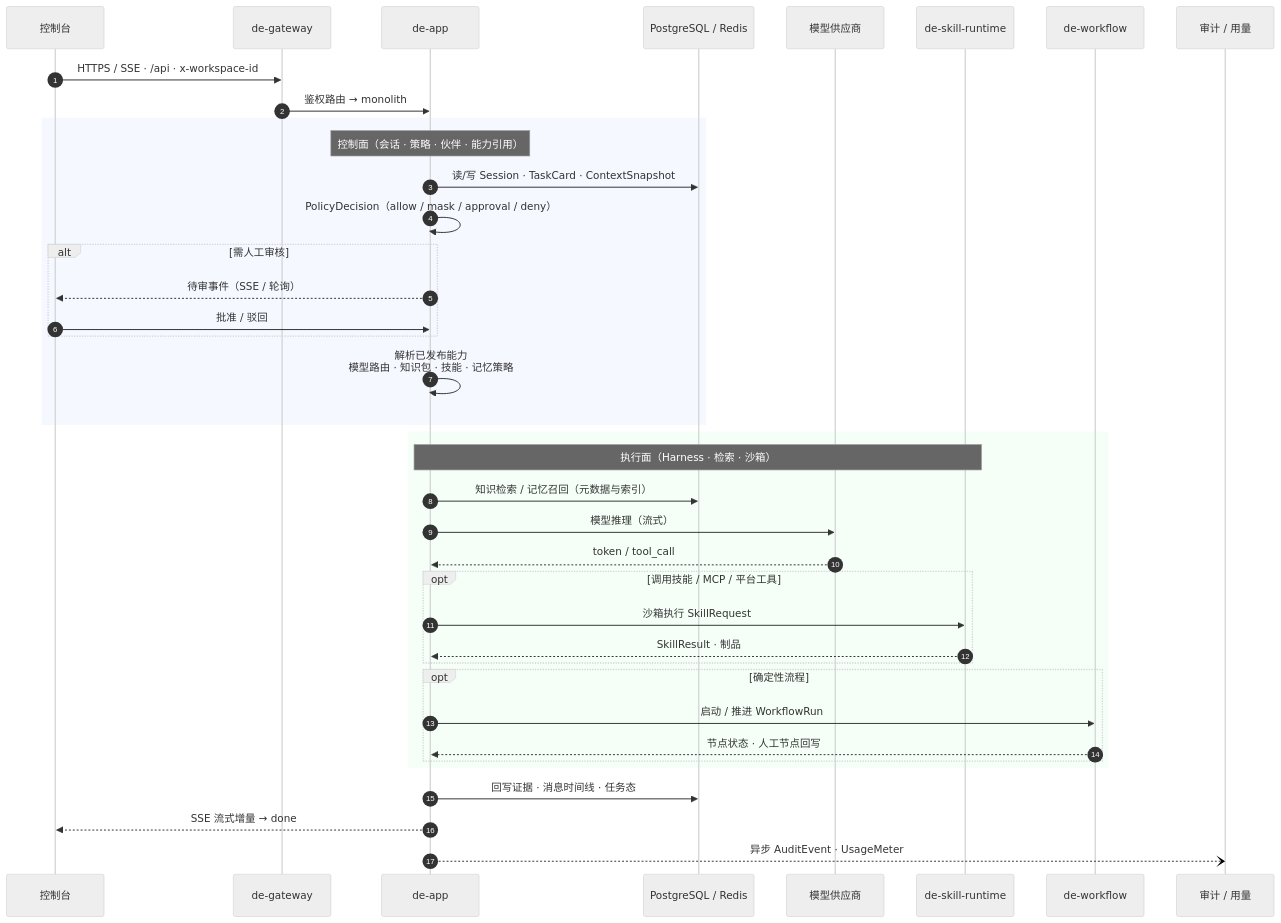
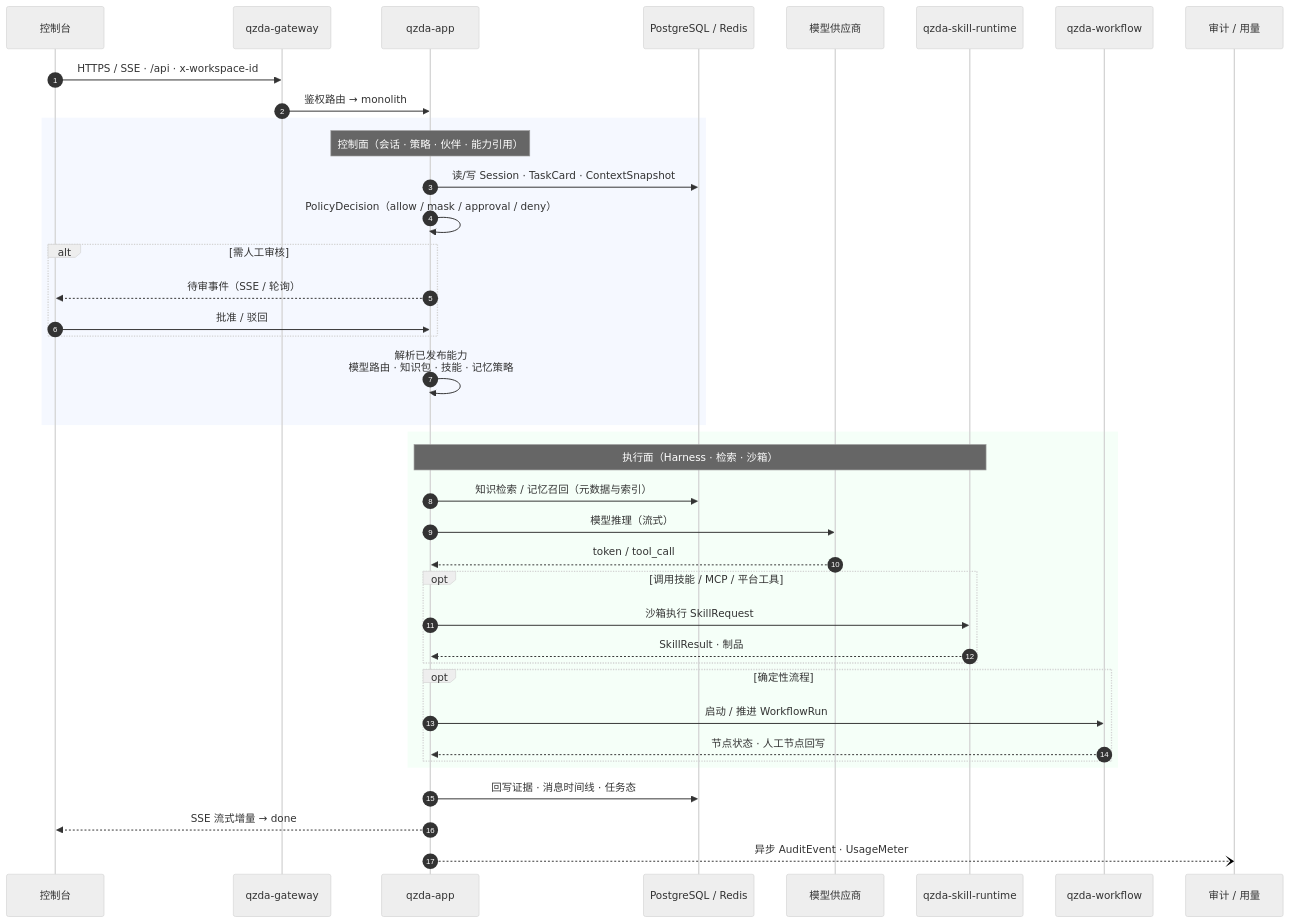
The fourth of 5 diagrams in README.md (Lianjifu/QiZhiDaPartnerPlatform), drawn with Mermaid (neutral theme) before and after one commit. The commit also changed other lines of this file and 245 other files, not shown here.

````diff
--- a/README.md
+++ b/README.md
@@ -419,45 +419,45 @@
 ```mermaid
 sequenceDiagram
   autonumber
   participant UI as 控制台
-  participant GW as de-gateway
-  participant APP as de-app
+  participant GW as qzda-gateway
+  participant APP as qzda-app
   participant PG as PostgreSQL / Redis
   participant LLM as 模型供应商
-  participant SK as de-skill-runtime
-  participant WF as de-workflow
+  participant SK as qzda-skill-runtime
+  participant WF as qzda-workflow
   participant AUD as 审计 / 用量
 
   UI->>GW: HTTPS / SSE · /api · x-workspace-id
   GW->>APP: 鉴权路由 → monolith
 
   rect rgb(245, 248, 255)
     Note over APP: 控制面（会话 · 策略 · 伙伴 · 能力引用）
     APP->>PG: 读/写 Session · TaskCard · ContextSnapshot
     APP->>APP: PolicyDecision（allow / mask / approval / deny）
     alt 需人工审核
       APP-->>UI: 待审事件（SSE / 轮询）
       UI->>APP: 批准 / 驳回
     end
     APP->>APP: 解析已发布能力<br/>模型路由 · 知识包 · 技能 · 记忆策略
   end
 
   rect rgb(245, 255, 248)
     Note over APP,SK: 执行面（Harness · 检索 · 沙箱）
     APP->>PG: 知识检索 / 记忆召回（元数据与索引）
     APP->>LLM: 模型推理（流式）
     LLM-->>APP: token / tool_call
     opt 调用技能 / MCP / 平台工具
       APP->>SK: 沙箱执行 SkillRequest
       SK-->>APP: SkillResult · 制品
     end
     opt 确定性流程
       APP->>WF: 启动 / 推进 WorkflowRun
       WF-->>APP: 节点状态 · 人工节点回写
     end
   end
 
   APP->>PG: 回写证据 · 消息时间线 · 任务态
   APP-->>UI: SSE 流式增量 → done
   APP--)AUD: 异步 AuditEvent · UsageMeter
 ```
````
